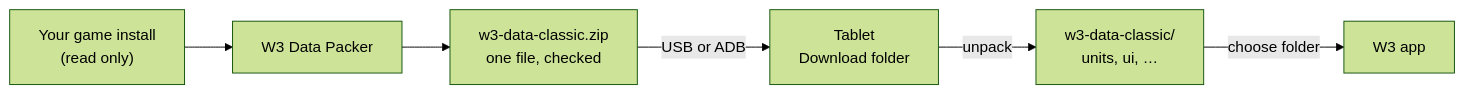
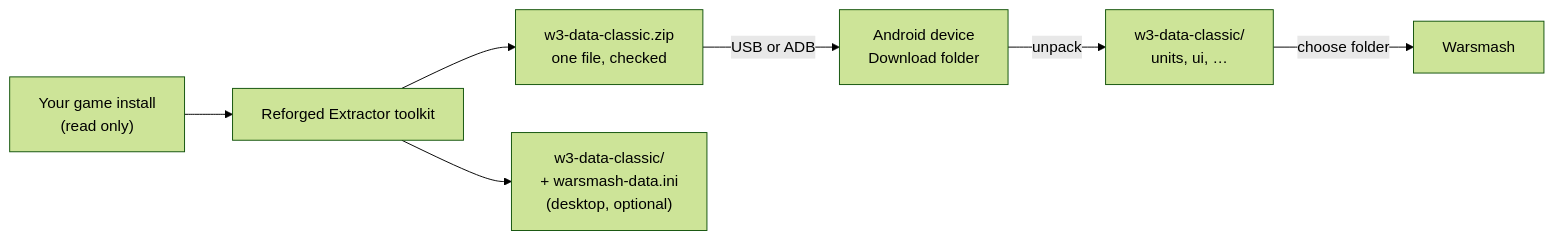
The diagram in README.md (nikoltu/W3-Android-prep-tool), drawn with Mermaid (forest theme) before and after one commit. The commit also changed other lines of this file and 34 other files, not shown here.

First line of the commit message:
Reforged Extractor toolkit 0.2.0

````diff
--- a/README.md
+++ b/README.md
@@ -29,8 +30,9 @@
 ```mermaid
 flowchart LR
-    A["Your game install<br/>(read only)"] --> B["W3 Data Packer"]
+    A["Your game install<br/>(read only)"] --> B["Reforged Extractor toolkit"]
     B --> C["w3-data-classic.zip<br/>one file, checked"]
-    C -- "USB or ADB" --> D["Tablet<br/>Download folder"]
+    B --> G["w3-data-classic/<br/>+ warsmash-data.ini<br/>(desktop, optional)"]
+    C -- "USB or ADB" --> D["Android device<br/>Download folder"]
     D -- "unpack" --> E["w3-data-classic/<br/>units, ui, …"]
-    E -- "choose folder" --> F["W3 app"]
+    E -- "choose folder" --> F["Warsmash"]
 ```
````
